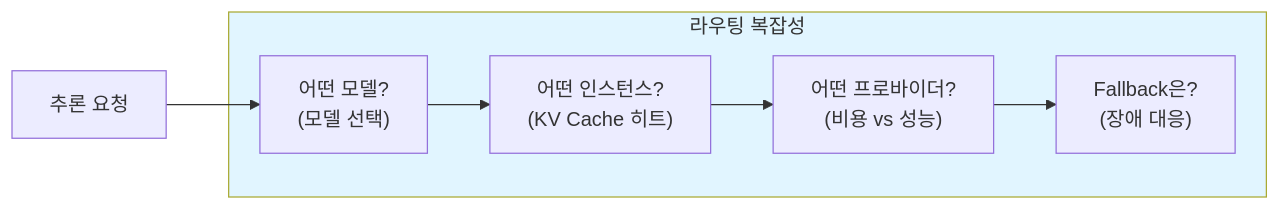
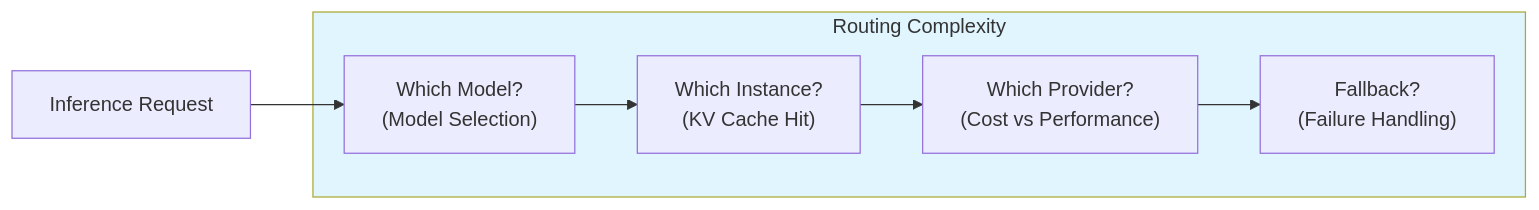
The second of 4 diagrams in i18n/en/docusaurus-plugin-content-docs/current/agentic-ai-platform/design-architecture/agentic-ai-challenges.md (devfloor9/engineering-playbook), drawn with Mermaid before and after one commit. The commit also changed other lines of this file and 16 other files, not shown here.

````diff
--- a/i18n/en/docusaurus-plugin-content-docs/current/agentic-ai-platform/design-architecture/agentic-ai-challenges.md
+++ b/i18n/en/docusaurus-plugin-content-docs/current/agentic-ai-platform/design-architecture/agentic-ai-challenges.md
@@ -97,15 +97,15 @@
 ```mermaid
 flowchart LR
-    REQ["추론 요청"]
+    REQ["Inference Request"]
 
-    subgraph Challenge["라우팅 복잡성"]
-        Q1["어떤 모델?<br/>(모델 선택)"]
-        Q2["어떤 인스턴스?<br/>(KV Cache 히트)"]
-        Q3["어떤 프로바이더?<br/>(비용 vs 성능)"]
-        Q4["Fallback은?<br/>(장애 대응)"]
+    subgraph Challenge["Routing Complexity"]
+        Q1["Which Model?<br/>(Model Selection)"]
+        Q2["Which Instance?<br/>(KV Cache Hit)"]
+        Q3["Which Provider?<br/>(Cost vs Performance)"]
+        Q4["Fallback?<br/>(Failure Handling)"]
     end
 
     REQ --> Q1 --> Q2 --> Q3 --> Q4
 
     style Challenge fill:#e1f5ff
 ```
````
